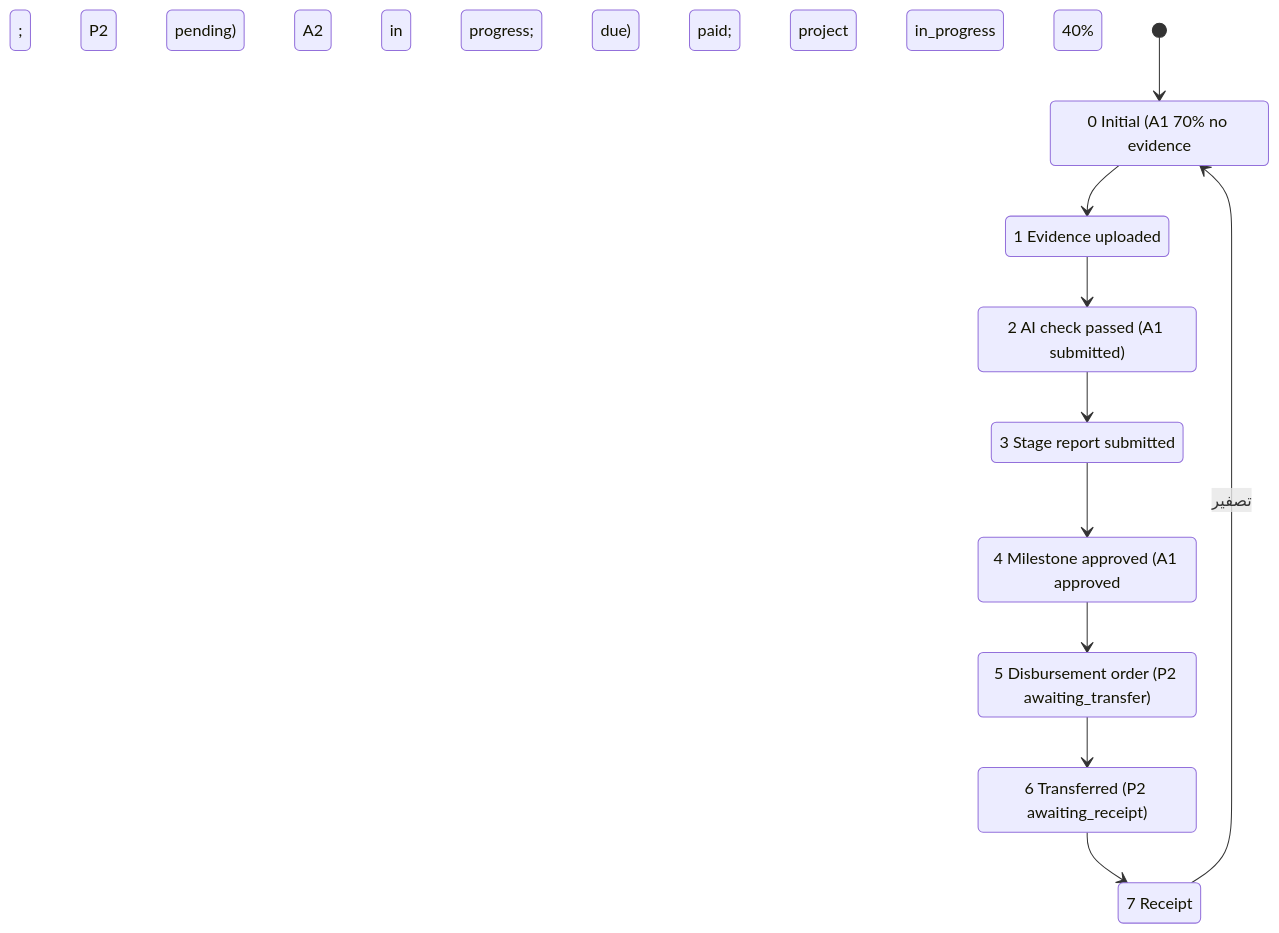
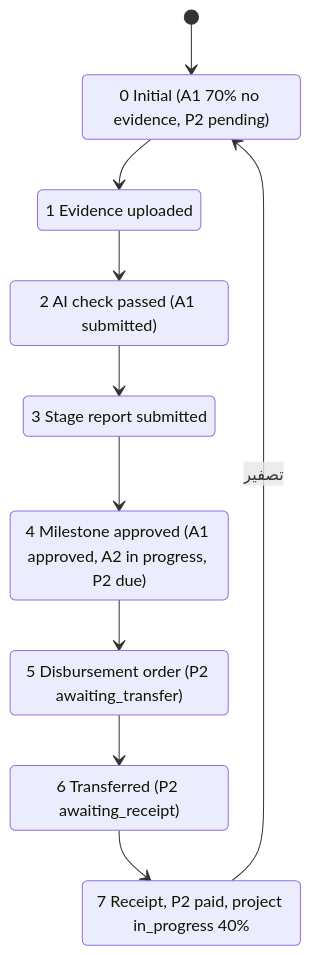
Before and after one commit to WBLcompany/FundManagementDemo: the fifth of 5 diagrams in docs/business-analysis/modules/01-PLT.md, drawn with Mermaid. The commit also changed other lines of this file and 9 other files, not shown here.

First line of the commit message:
Add Word version of the BA package and fix diagram syntax

````diff
--- a/docs/business-analysis/modules/01-PLT.md
+++ b/docs/business-analysis/modules/01-PLT.md
@@ -408,20 +408,20 @@
 ```mermaid
 stateDiagram-v2
-  s0: 0 Initial (A1 70% no evidence; P2 pending)
+  s0: 0 Initial (A1 70% no evidence, P2 pending)
   s1: 1 Evidence uploaded
   s2: 2 AI check passed (A1 submitted)
   s3: 3 Stage report submitted
-  s4: 4 Milestone approved (A1 approved; A2 in progress; P2 due)
+  s4: 4 Milestone approved (A1 approved, A2 in progress, P2 due)
   s5: 5 Disbursement order (P2 awaiting_transfer)
   s6: 6 Transferred (P2 awaiting_receipt)
-  s7: 7 Receipt; P2 paid; project in_progress 40%
+  s7: 7 Receipt, P2 paid, project in_progress 40%
   [*] --> s0
   s0 --> s1
   s1 --> s2
   s2 --> s3
   s3 --> s4
   s4 --> s5
   s5 --> s6
   s6 --> s7
   s7 --> s0 : تصفير
 ```
````
